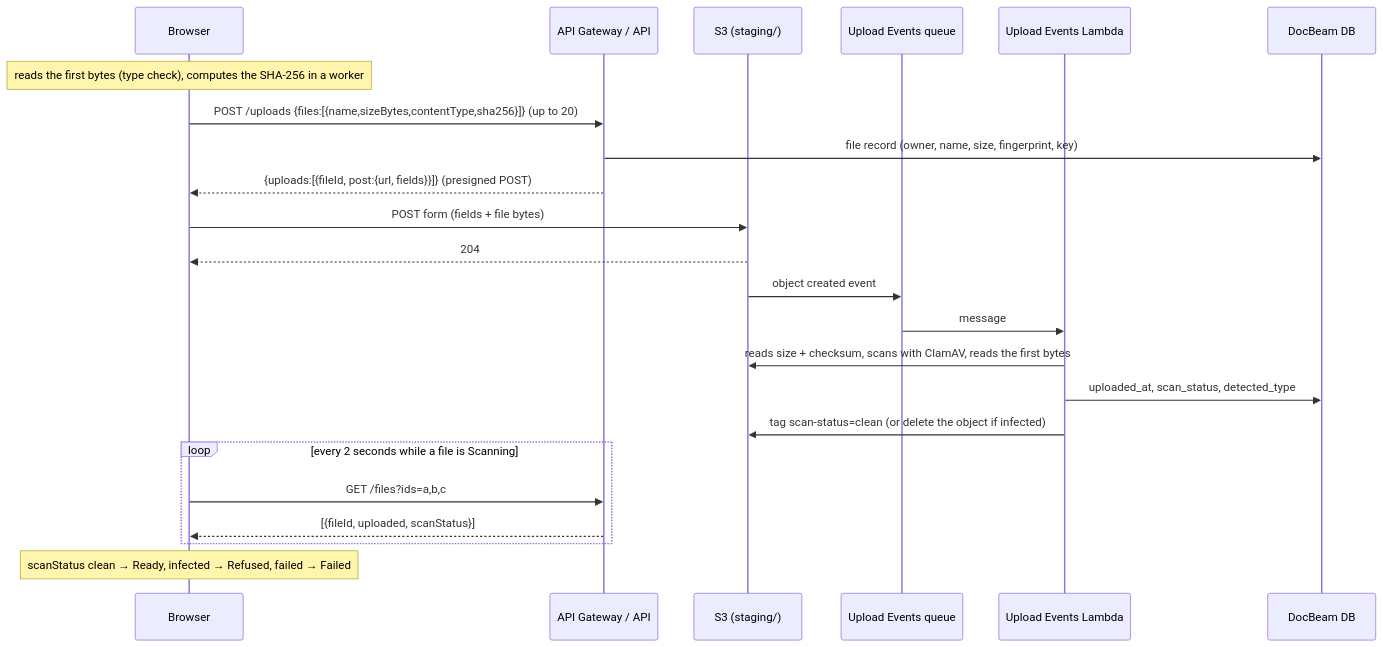
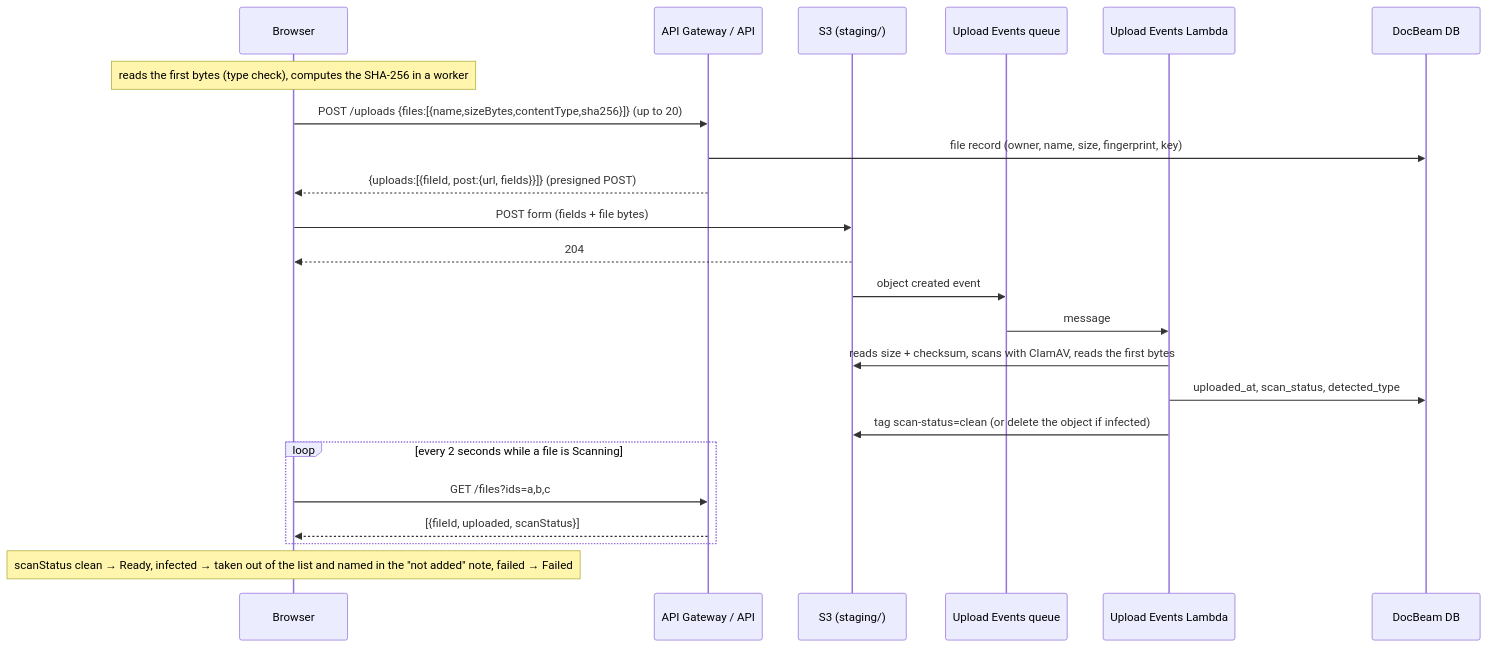
Before and after one commit to Anantim/docbeam: the third of 9 diagrams in docs/USER-FLOW-AND-APIS.md, drawn with Mermaid. The commit also changed other lines of this file and 157 other files, not shown here.

First line of the commit message:
Final round: infected files leave the list, one Notice, one reason map, confirms, focus, widths, bug hunt (D-F1-78) (#50)

````diff
--- a/docs/USER-FLOW-AND-APIS.md
+++ b/docs/USER-FLOW-AND-APIS.md
@@ -285,25 +285,25 @@
 ```mermaid
 sequenceDiagram
   participant B as Browser
   participant G as API Gateway / API
   participant S as S3 (staging/)
   participant Q as Upload Events queue
   participant L as Upload Events Lambda
   participant D as DocBeam DB
   Note over B: reads the first bytes (type check), computes the SHA-256 in a worker
   B->>G: POST /uploads {files:[{name,sizeBytes,contentType,sha256}]} (up to 20)
   G->>D: file record (owner, name, size, fingerprint, key)
   G-->>B: {uploads:[{fileId, post:{url, fields}}]} (presigned POST)
   B->>S: POST form (fields + file bytes)
   S-->>B: 204
   S->>Q: object created event
   Q->>L: message
   L->>S: reads size + checksum, scans with ClamAV, reads the first bytes
   L->>D: uploaded_at, scan_status, detected_type
   L->>S: tag scan-status=clean (or delete the object if infected)
   loop every 2 seconds while a file is Scanning
     B->>G: GET /files?ids=a,b,c
     G-->>B: [{fileId, uploaded, scanStatus}]
   end
-  Note over B: scanStatus clean → Ready, infected → Refused, failed → Failed
+  Note over B: scanStatus clean → Ready, infected → taken out of the list and named in the "not added" note, failed → Failed
 ```
````
